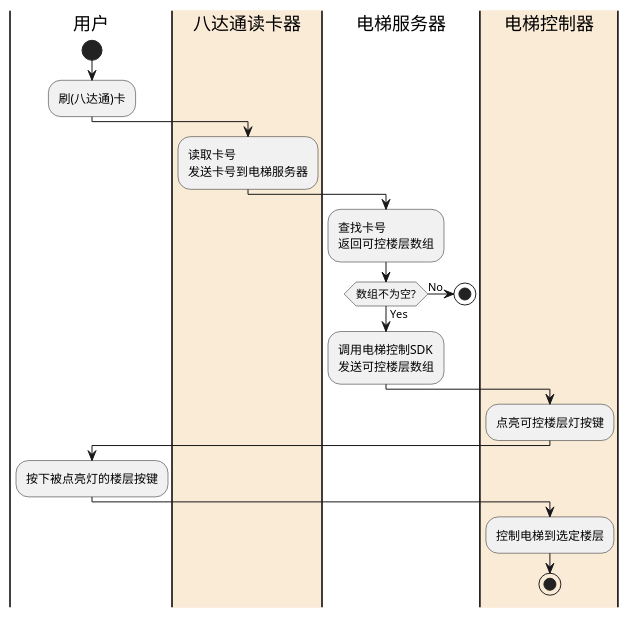
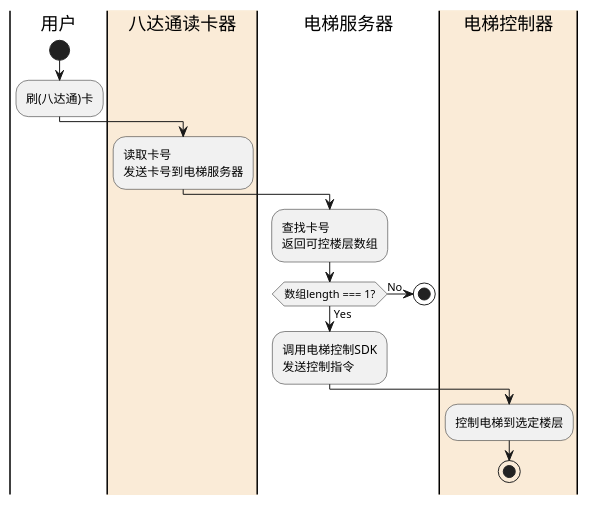
Before and after one commit to joehecn/lean: the diagram in pu/octopus.pu, drawn with PlantUML. The commit also changed 5 other files, not shown here.

```diff
--- a/pu/octopus.pu
+++ b/pu/octopus.pu
@@ -1,24 +1,20 @@
 @startuml octopus
 |用户|
 start
 :刷(八达通)卡;
 |#AntiqueWhite|八达通读卡器|
 :读取卡号
 发送卡号到电梯服务器;
 |电梯服务器|
 :查找卡号
 返回可控楼层数组;
-if (数组不为空?) then (No)
+if (数组length === 1?) then (No)
   stop
 else (Yes)
   :调用电梯控制SDK
-  发送可控楼层数组;
-  |#AntiqueWhite|电梯控制器|
-  :点亮可控楼层灯按键;
-  |用户|
-  :按下被点亮灯的楼层按键;
+  发送控制指令;
   |#AntiqueWhite|电梯控制器|
   :控制电梯到选定楼层;
   stop
 endif
 @enduml
```
